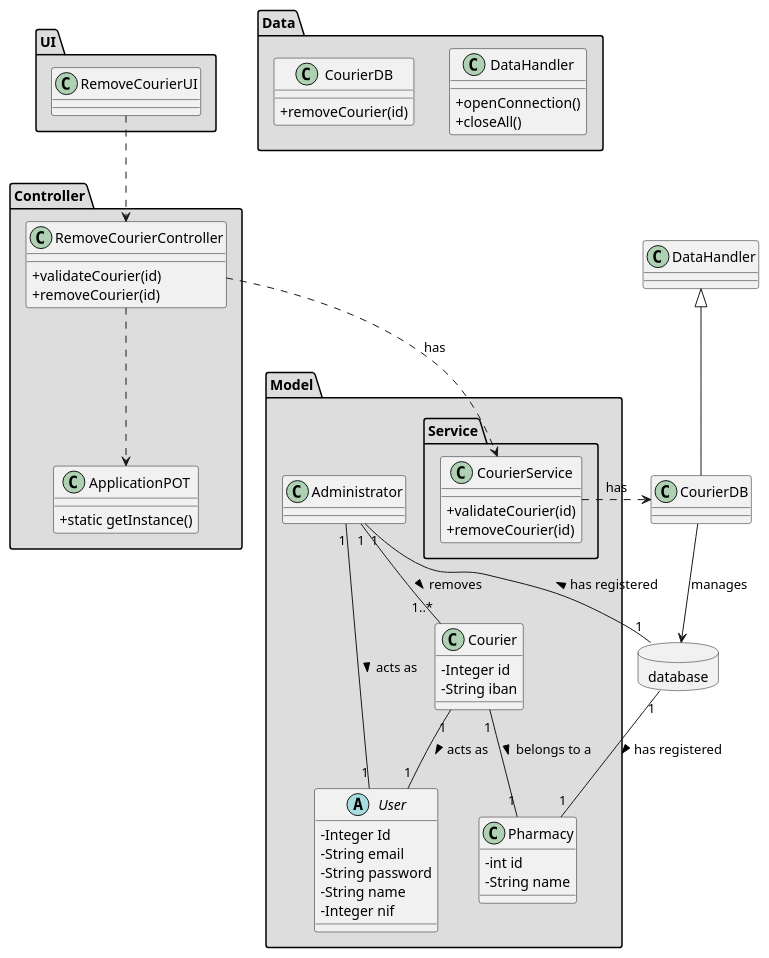
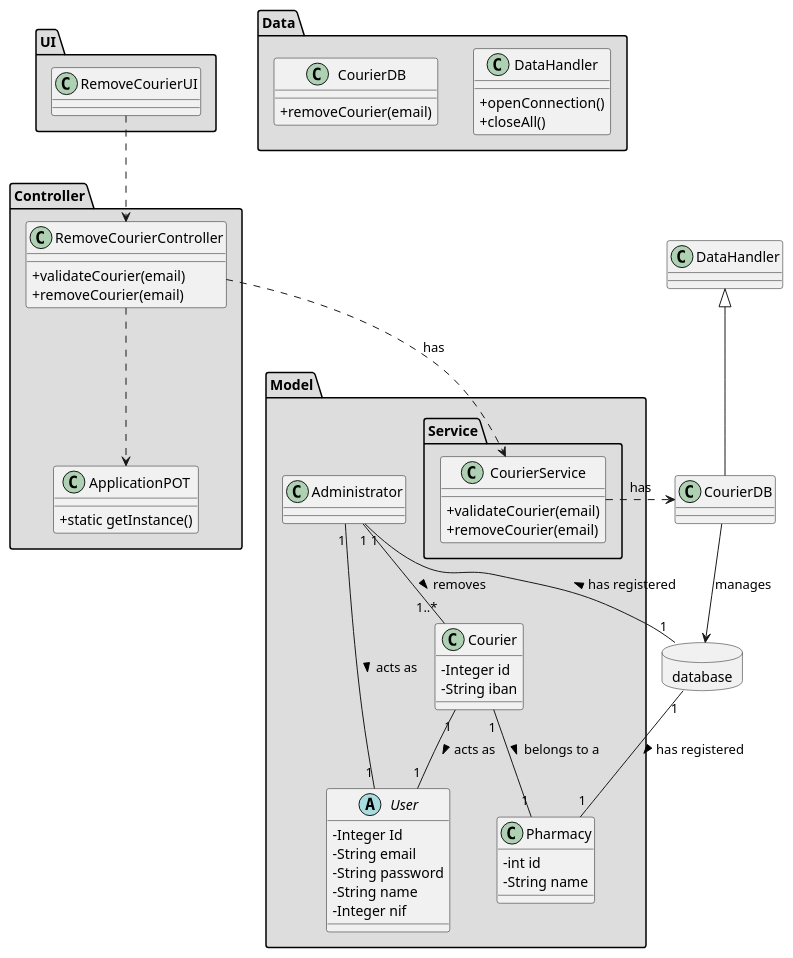
Before and after one commit to tiagoavcosta25/LAPR3: the diagram in docs/Iteration 2/Courier Management/US20_RemoveCourier/US20_CD.puml, drawn with PlantUML. The commit also changed 2 other files, not shown here.

Commit message:
LAPR2AP2-20 #refininf RemoveCourier [Design]

```diff
--- a/docs/Iteration 2/Courier Management/US20_RemoveCourier/US20_CD.puml
+++ b/docs/Iteration 2/Courier Management/US20_RemoveCourier/US20_CD.puml
@@ -1,89 +1,89 @@
 @startuml
 skinparam classAttributeIconSize 0
 
 package "UI" #DDDDDD{
 class RemoveCourierUI {
 
 }
 }
 package "Controller" #DDDDDD {
 class RemoveCourierController{
-+validateCourier(id)
-+removeCourier(id)
++validateCourier(email)
++removeCourier(email)
 }
 
 class ApplicationPOT
 {
   +static getInstance()
 }
 }
 
 
 package "Model" #DDDDDD {
 package "Service" #DDDDDD {
    class CourierService{
-          +validateCourier(id)
-          +removeCourier(id)
+          +validateCourier(email)
+          +removeCourier(email)
 
       }
 
 
  }
 }
 
 package "Model" #DDDDDD {
 abstract class User{
 -Integer Id
 -String email
 -String password
 -String name
 -Integer nif
 }
 
 class Courier {
       -Integer id
       -String iban
 }
 
 class Administrator {
 }
 
 
 class Pharmacy{
 -   int id
 -   String name
 }
 
 
 }
 
 package "Data" #DDDDDD {
 class DataHandler{
     +openConnection()
     +closeAll()
 }
 
 class CourierDB{
- +removeCourier(id)
+ +removeCourier(email)
   }
 
 }
 database database{
 
 }
 class CourierDB extends DataHandler
 
 RemoveCourierController ..> ApplicationPOT
 RemoveCourierUI ..> RemoveCourierController
 RemoveCourierController ..> CourierService : has
 CourierService ..> CourierDB : has
 CourierDB --> database : manages
 
 database "1" -- "1" Administrator : has registered >
 database "1" -- "1" Pharmacy : has registered >
 Administrator "1" -- "1..*" Courier : removes >
 Courier "1" -- "1" User: acts as  >
 Courier "1" -- "1" Pharmacy: belongs to a  >
 Administrator "1" -- "1" User: acts as  >
 
 @enduml
```
